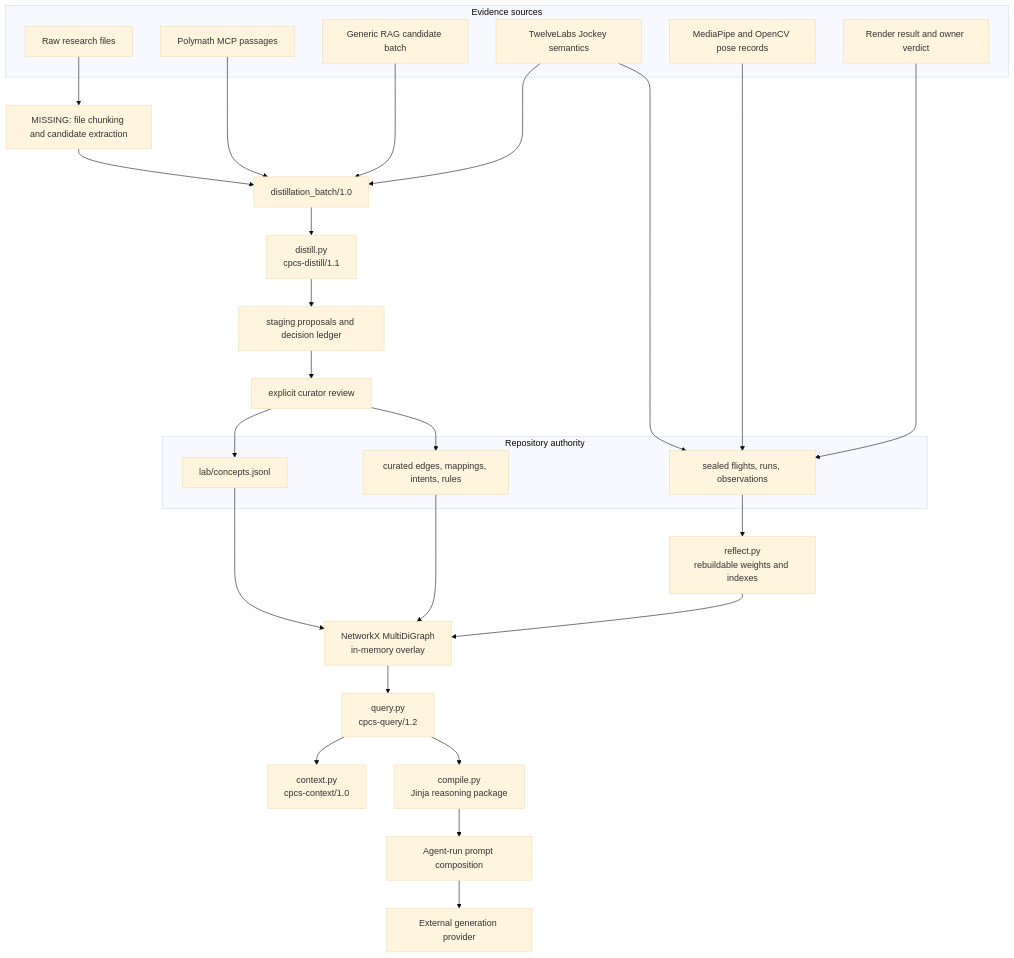
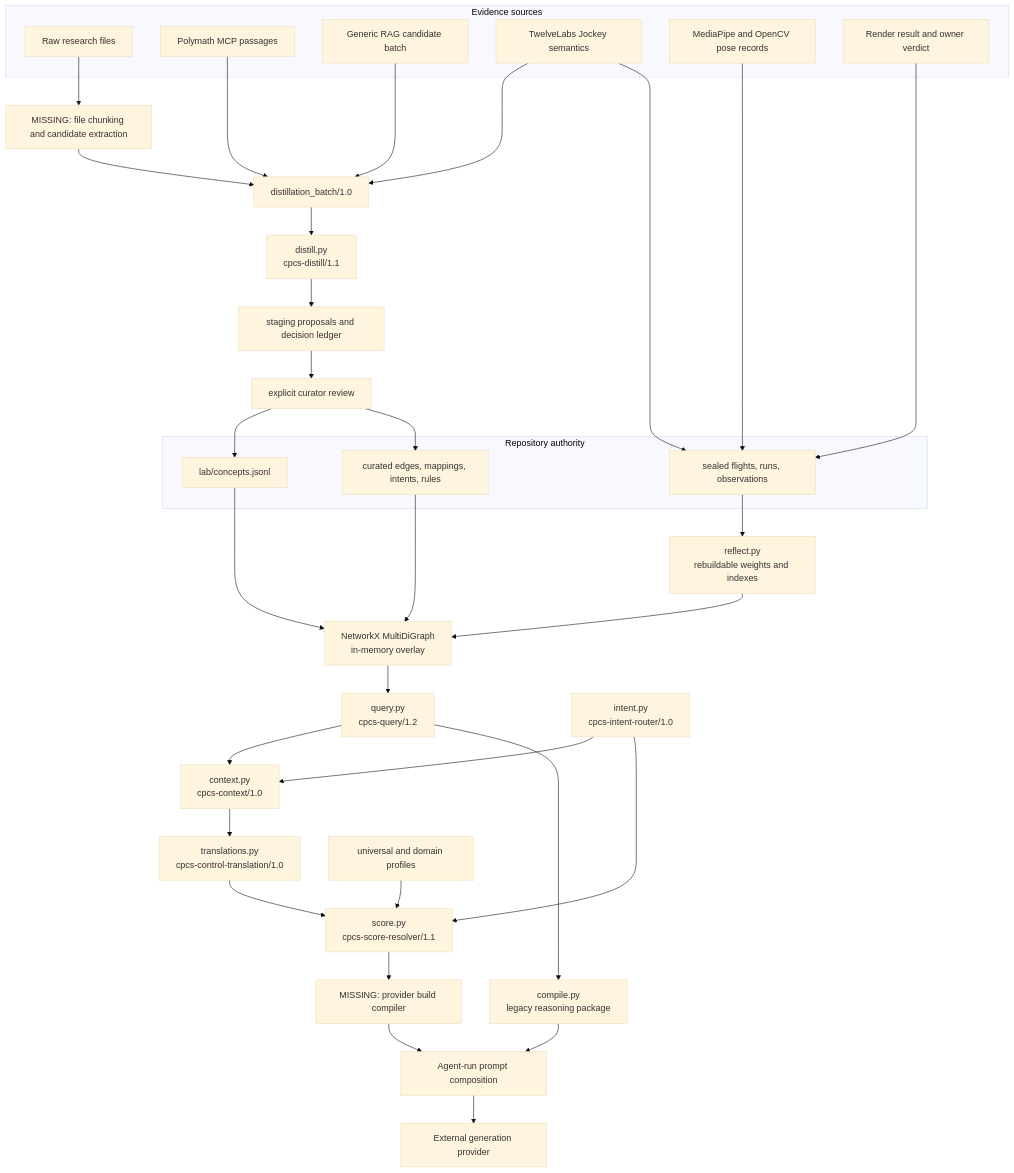
Before and after one commit to Kingsley-Cyber/ai-video-movement-prompt-system: the second of 3 diagrams in ARCHITECTURE.md, drawn with Mermaid (base theme). The commit also changed other lines of this file and 19 other files, not shown here.

First line of the commit message:
Translate governed research into score controls

````diff
--- a/ARCHITECTURE.md
+++ b/ARCHITECTURE.md
@@ -473,48 +476,58 @@
 ```mermaid
 flowchart TB
     subgraph Sources["Evidence sources"]
         Raw["Raw research files"]
         Poly["Polymath MCP passages"]
         Generic["Generic RAG candidate batch"]
         Jockey["TwelveLabs Jockey semantics"]
         Pose["MediaPipe and OpenCV pose records"]
         Verdict["Render result and owner verdict"]
     end
 
     Missing["MISSING: file chunking and candidate extraction"]
     Batch["distillation_batch/1.0"]
     Distill["distill.py\ncpcs-distill/1.1"]
     Staging["staging proposals and decision ledger"]
     Review["explicit curator review"]
 
     subgraph Authority["Repository authority"]
         Concepts["lab/concepts.jsonl"]
         Curated["curated edges, mappings, intents, rules"]
         Immutable["sealed flights, runs, observations"]
     end
 
     Reflect["reflect.py\nrebuildable weights and indexes"]
     Graph["NetworkX MultiDiGraph\nin-memory overlay"]
     Query["query.py\ncpcs-query/1.2"]
     Context["context.py\ncpcs-context/1.0"]
-    Compile["compile.py\nJinja reasoning package"]
+    Intent["intent.py\ncpcs-intent-router/1.0"]
+    Translate["translations.py\ncpcs-control-translation/1.0"]
+    Profiles["universal and domain profiles"]
+    Score["score.py\ncpcs-score-resolver/1.1"]
+    Compile["compile.py\nlegacy reasoning package"]
+    MissingBuild["MISSING: provider build compiler"]
     ManualPrompt["Agent-run prompt composition"]
     Provider["External generation provider"]
 
     Raw --> Missing --> Batch
     Poly --> Batch
     Generic --> Batch
     Jockey --> Batch
     Batch --> Distill --> Staging --> Review
     Review --> Concepts
     Review --> Curated
     Jockey --> Immutable
     Pose --> Immutable
     Verdict --> Immutable
     Immutable --> Reflect
     Reflect --> Graph
     Concepts --> Graph
     Curated --> Graph
     Graph --> Query --> Context
+    Intent --> Context
+    Intent --> Score
+    Context --> Translate --> Score
+    Profiles --> Score
+    Score --> MissingBuild --> ManualPrompt
     Query --> Compile --> ManualPrompt --> Provider
 ```
````
